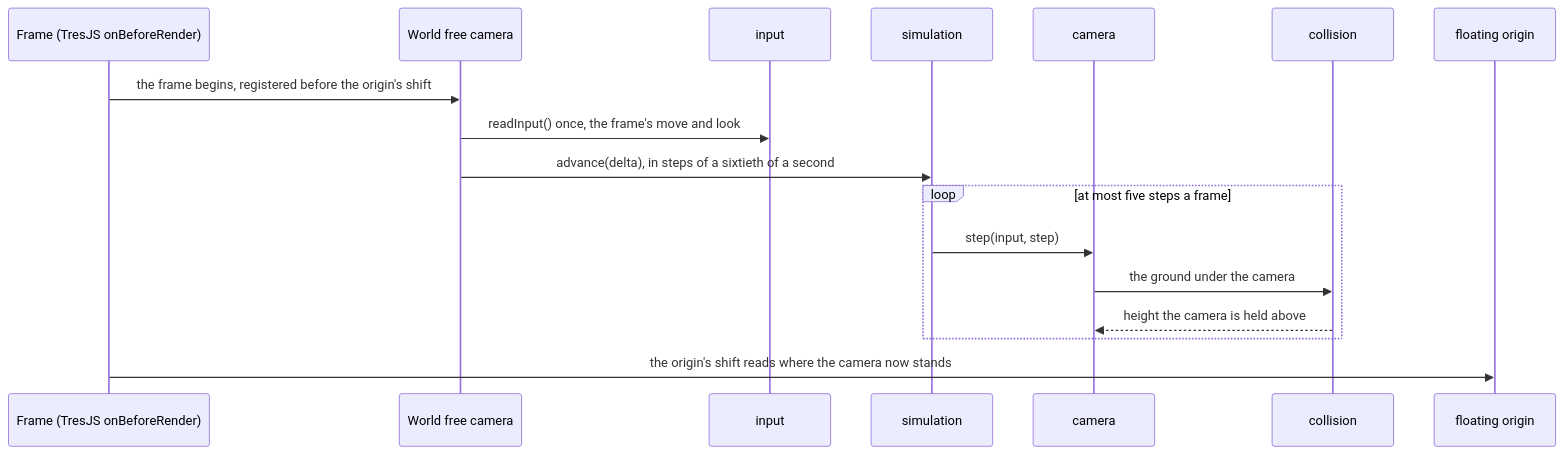
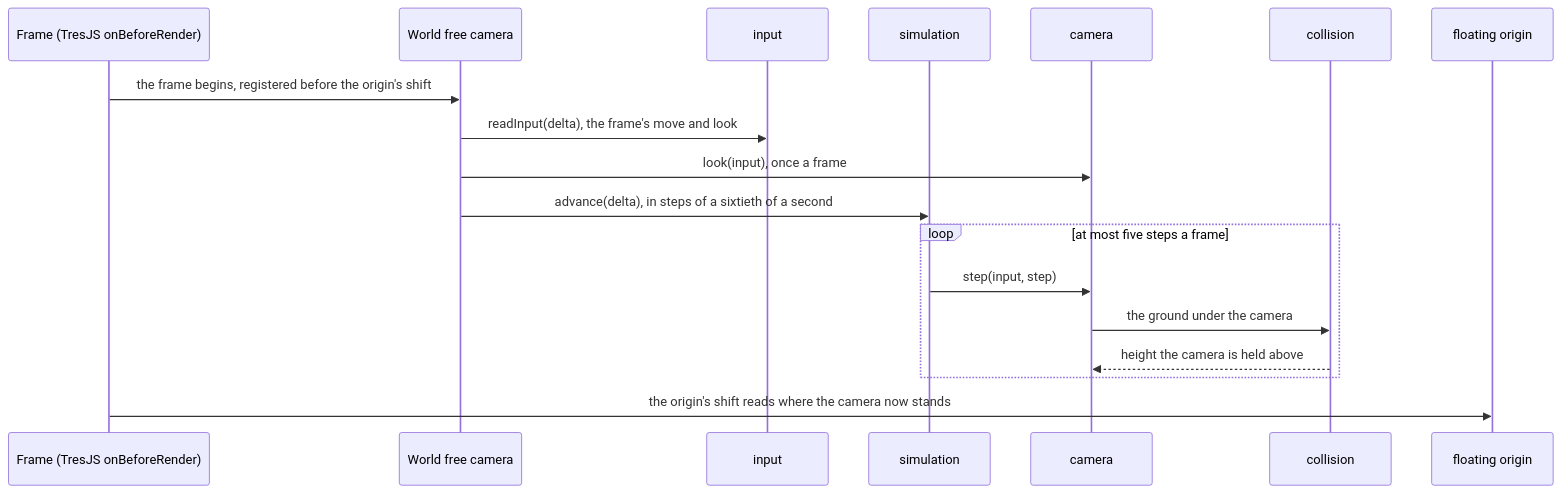
Before and after one commit to Esposter/Esposter: the diagram in apps/web/content/docs/genshin/free-camera.md, drawn with Mermaid. The commit also changed other lines of this file and 8 other files, not shown here.

Commit message:
fix(genshin-engine): the free camera looks once a frame, is held above the water, and releases its keys on a blur

````diff
--- a/apps/web/content/docs/genshin/free-camera.md
+++ b/apps/web/content/docs/genshin/free-camera.md
@@ -10,19 +10,20 @@
 ```mermaid
 sequenceDiagram
   participant F as Frame (TresJS onBeforeRender)
   participant FC as World free camera
   participant IN as input
   participant SIM as simulation
   participant CAM as camera
   participant CL as collision
   participant FO as floating origin
   F->>FC: the frame begins, registered before the origin's shift
-  FC->>IN: readInput() once, the frame's move and look
+  FC->>IN: readInput(delta), the frame's move and look
+  FC->>CAM: look(input), once a frame
   FC->>SIM: advance(delta), in steps of a sixtieth of a second
   loop at most five steps a frame
     SIM->>CAM: step(input, step)
     CAM->>CL: the ground under the camera
     CL-->>CAM: height the camera is held above
   end
   F->>FO: the origin's shift reads where the camera now stands
 ```
````
